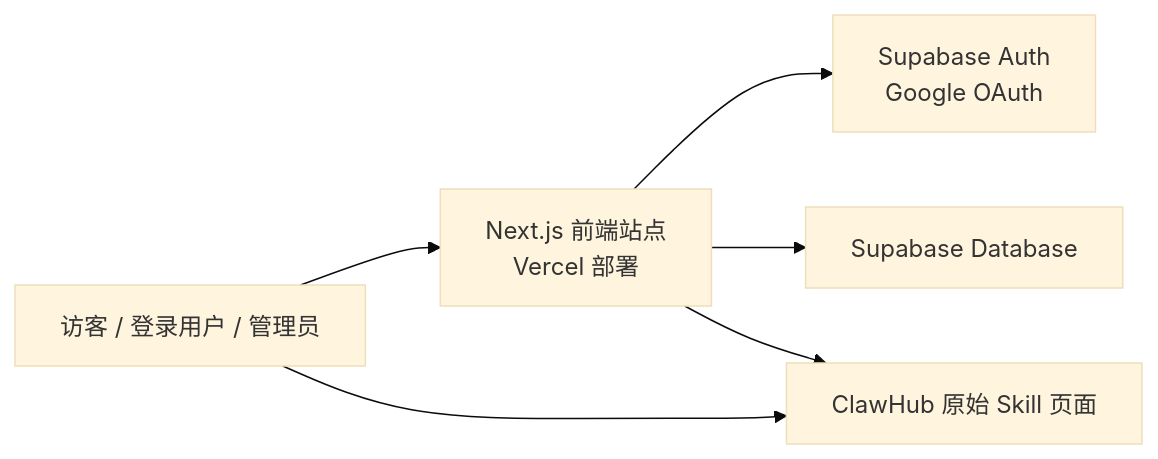
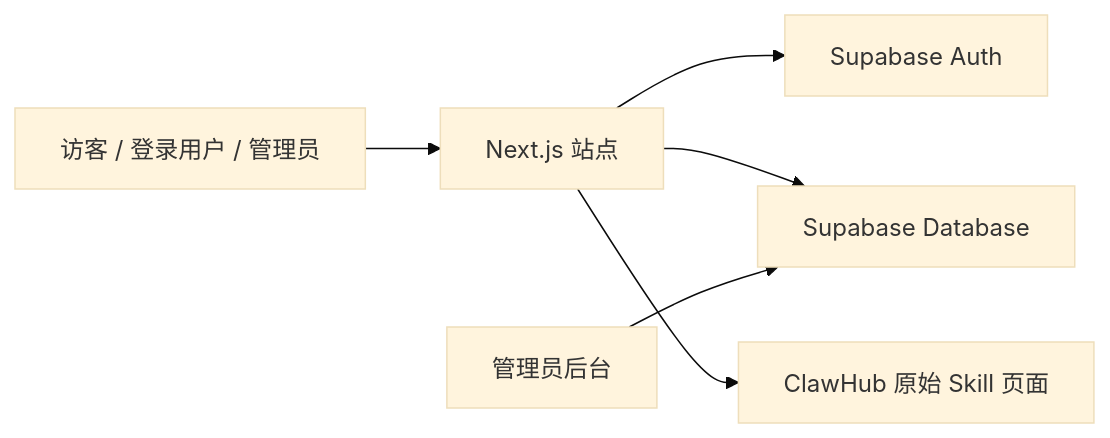
One commit to yezizhizhi/openclaw-skills-authors changed the diagram in docs/项目架构说明书.md. Above: the diagram before and after it, drawn with Mermaid (base theme). The commit also changed other lines of this file, not shown here.

First line of the commit message:
Update project architecture documentation

````diff
--- a/docs/项目架构说明书.md
+++ b/docs/项目架构说明书.md
@@ -53,8 +203,8 @@
 ```mermaid
 flowchart LR
-  U["访客 / 登录用户 / 管理员"] --> W["Next.js 前端站点<br/>Vercel 部署"]
-  W --> A["Supabase Auth<br/>Google OAuth"]
+  U["访客 / 登录用户 / 管理员"] --> W["Next.js 站点"]
+  W --> S["Supabase Auth"]
   W --> D["Supabase Database"]
   W --> C["ClawHub 原始 Skill 页面"]
-  U --> C
+  A["管理员后台"] --> D
 ```
````
